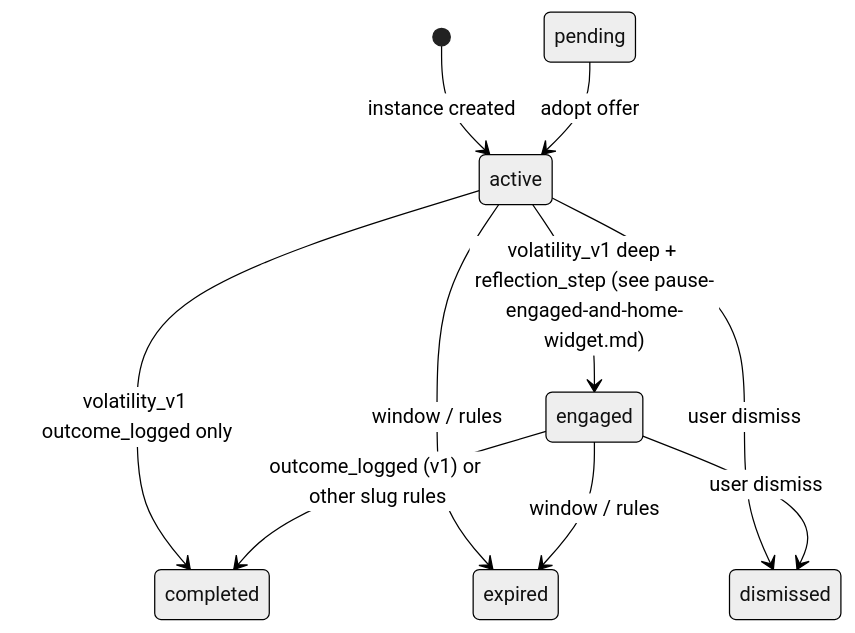
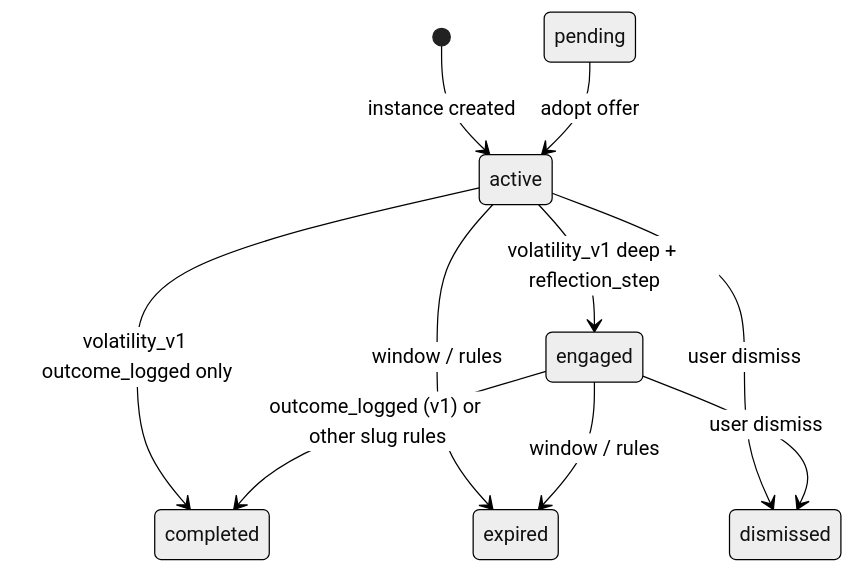
Before and after one commit to Angelguirao/holzen: the diagram in docs/systems/pause-system.md, drawn with Mermaid (neutral theme). The commit also changed other lines of this file and 28 other files, not shown here.

First line of the commit message:
refactor(home): inline pending offer; drop legacy pause modal

````diff
--- a/docs/systems/pause-system.md
+++ b/docs/systems/pause-system.md
@@ -64,12 +64,12 @@
 ```mermaid
 stateDiagram-v2
   [*] --> active: instance created
-  active --> engaged: volatility_v1 deep + reflection_step (see pause-engaged-and-home-widget.md)
+  active --> engaged: volatility_v1 deep + reflection_step
   active --> completed: volatility_v1 outcome_logged only
   engaged --> completed: outcome_logged (v1) or other slug rules
   active --> expired: window / rules
   engaged --> expired: window / rules
   active --> dismissed: user dismiss
   engaged --> dismissed: user dismiss
   pending --> active: adopt offer
 ```
````
